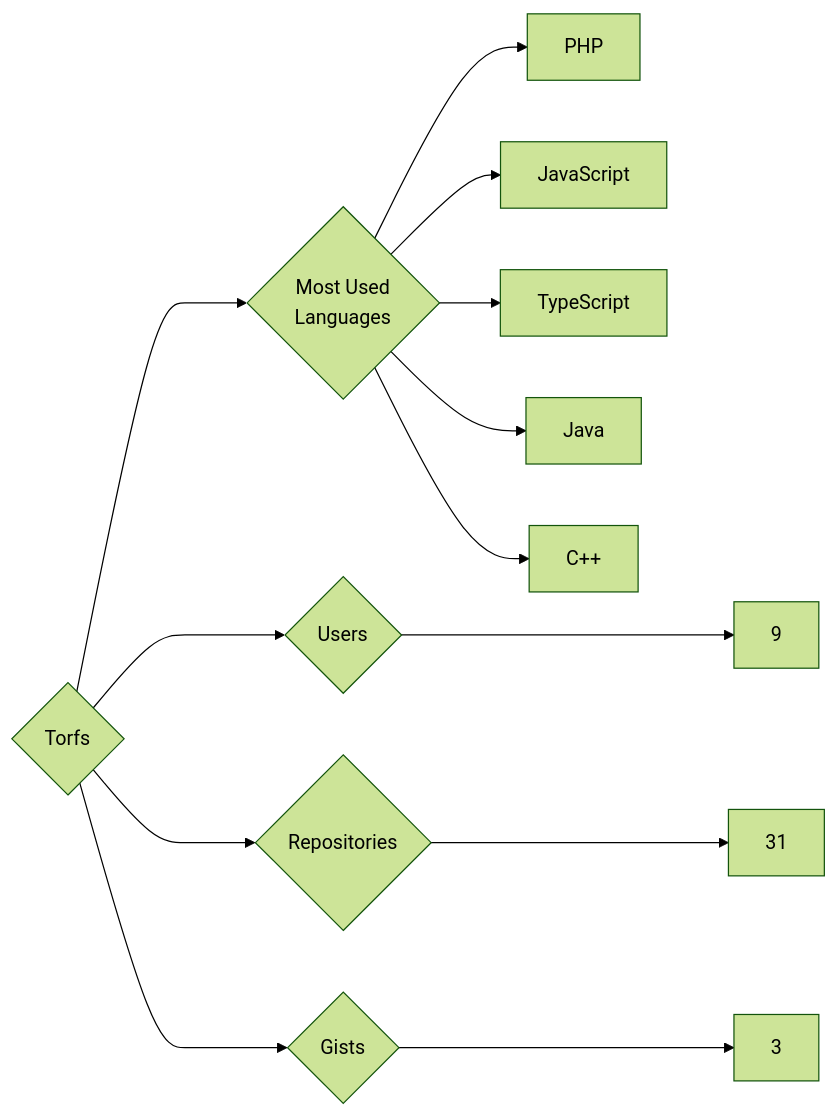
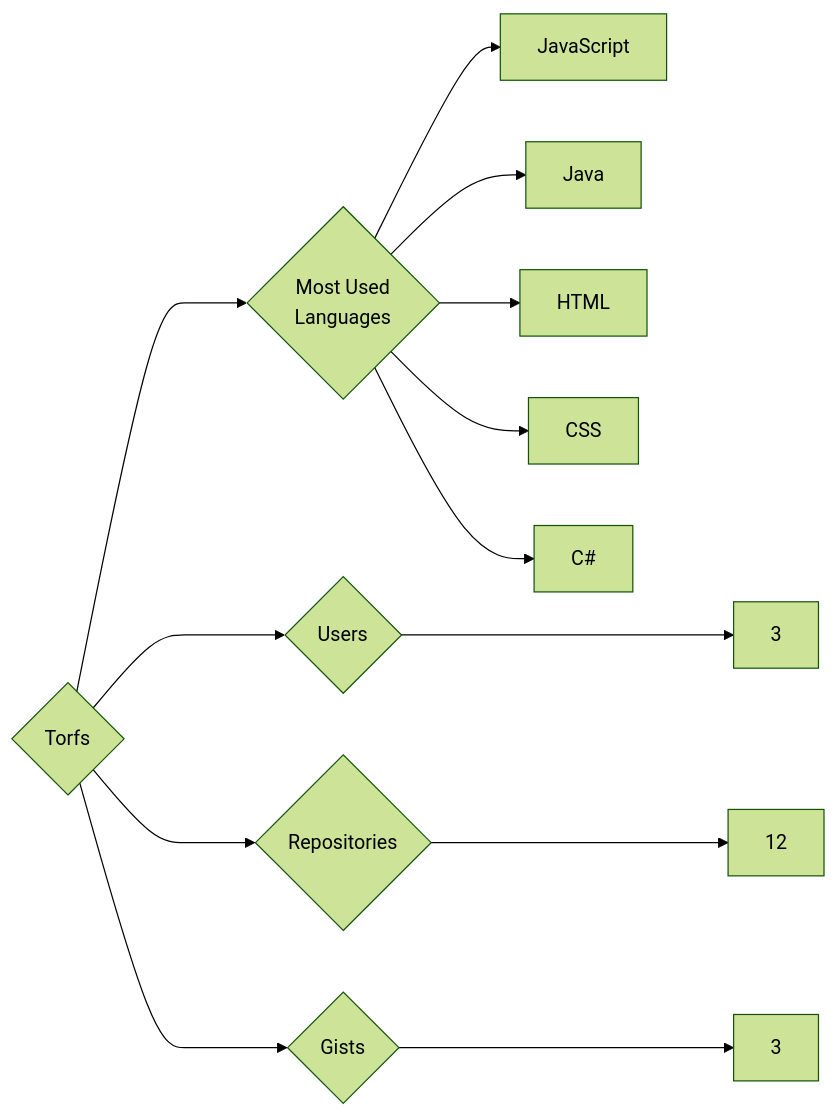
Before and after one commit to trickest/insiders: the diagram in targets/Torfs/README.md, drawn with Mermaid (forest theme). The commit also changed 797 other files, not shown here.

````diff
--- a/targets/Torfs/README.md
+++ b/targets/Torfs/README.md
@@ -3,13 +3,13 @@
 ```mermaid
 graph LR
 COMPANY_NAME{Torfs}
-COMPANY_NAME ---> U{Users} ---> UN[9]
-COMPANY_NAME ---> R{Repositories} ---> RN[31]
+COMPANY_NAME ---> U{Users} ---> UN[3]
+COMPANY_NAME ---> R{Repositories} ---> RN[12]
 COMPANY_NAME ---> G{Gists} ---> GN[3]
 COMPANY_NAME ---> ML{Most Used<br>Languages}
-ML --> PHP[PHP]
 ML --> JavaScript[JavaScript]
-ML --> TypeScript[TypeScript]
 ML --> Java[Java]
-ML --> C++[C++]
+ML --> HTML[HTML]
+ML --> CSS[CSS]
+ML --> C#[C#]
 ```
````
